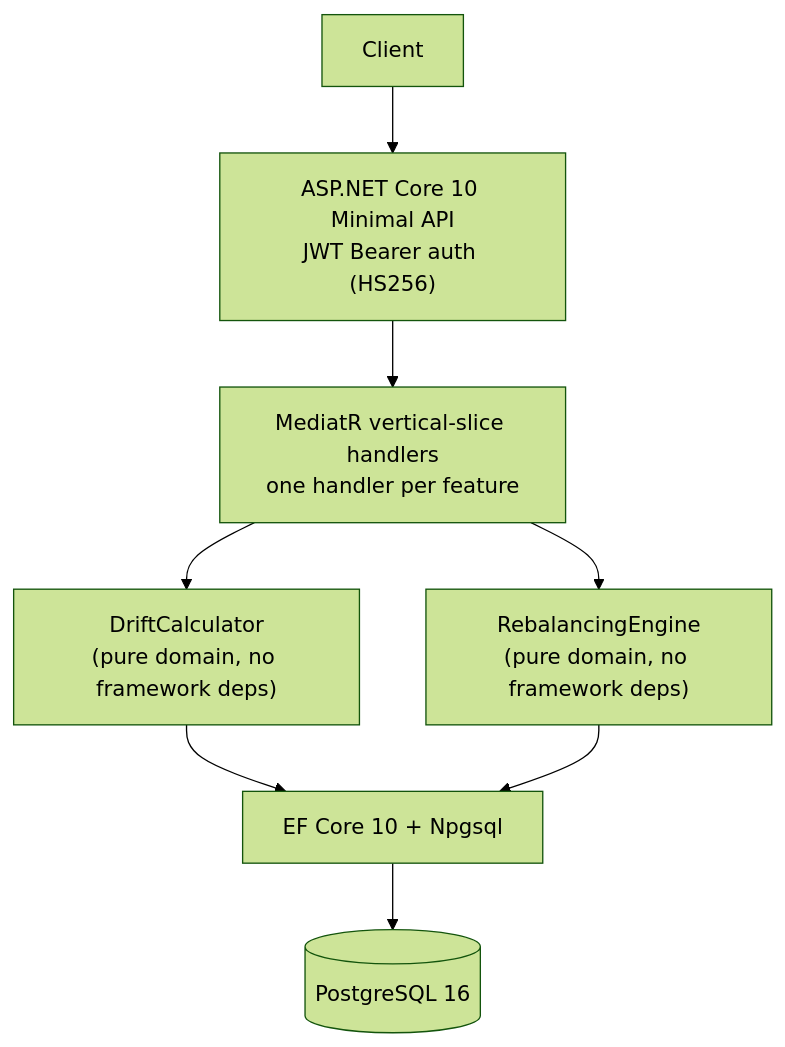
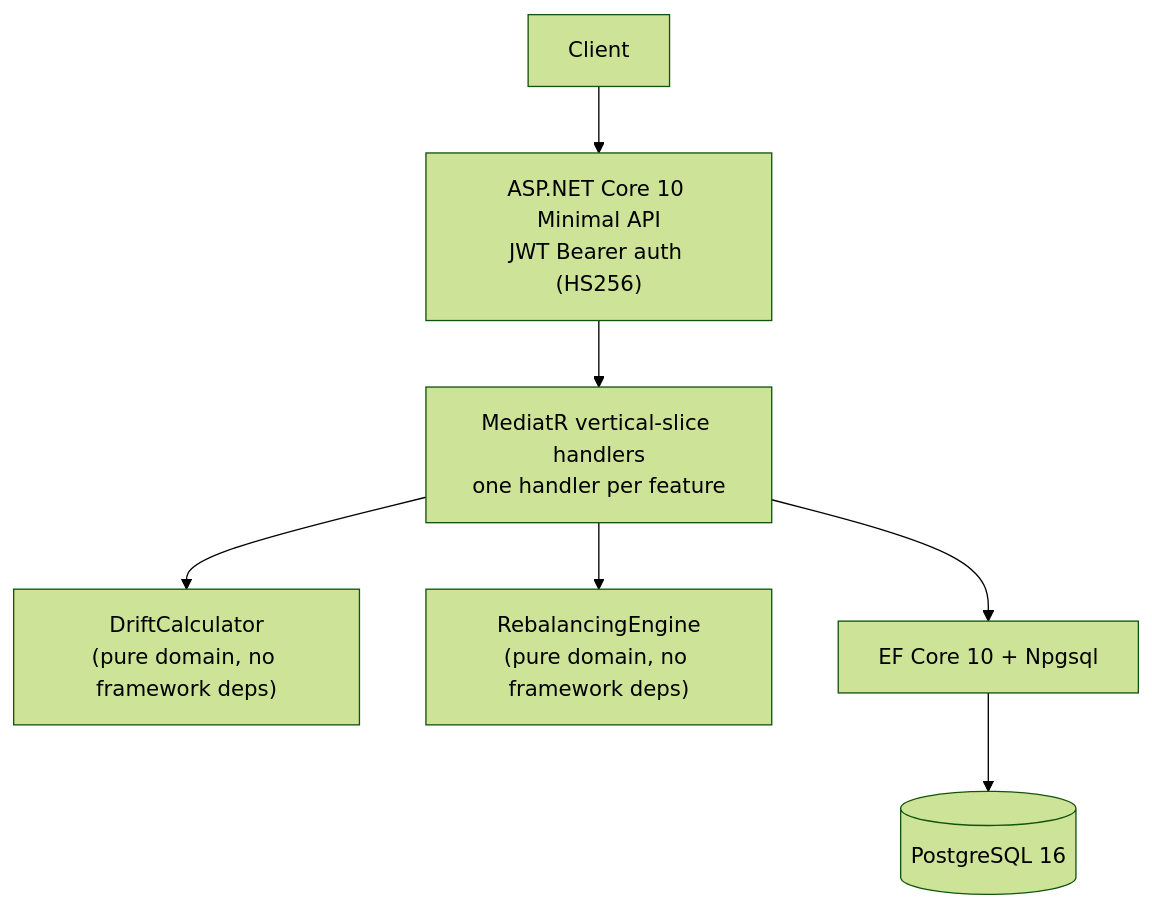
Before and after one commit to coreystevensdev/portfolio-rebalancer: the diagram in README.md, drawn with Mermaid (forest theme). The commit also changed other lines of this file and 2 other files, not shown here.

````diff
--- a/README.md
+++ b/README.md
@@ -22,9 +22,9 @@
 ```mermaid
 flowchart TD
     A[Client] --> B["ASP.NET Core 10 Minimal API\nJWT Bearer auth (HS256)"]
     B --> C["MediatR vertical-slice handlers\none handler per feature"]
     C --> D["DriftCalculator\n(pure domain, no framework deps)"]
     C --> E["RebalancingEngine\n(pure domain, no framework deps)"]
-    D & E --> F["EF Core 10 + Npgsql"]
+    C --> F["EF Core 10 + Npgsql"]
     F --> G[(PostgreSQL 16)]
 ```
````
